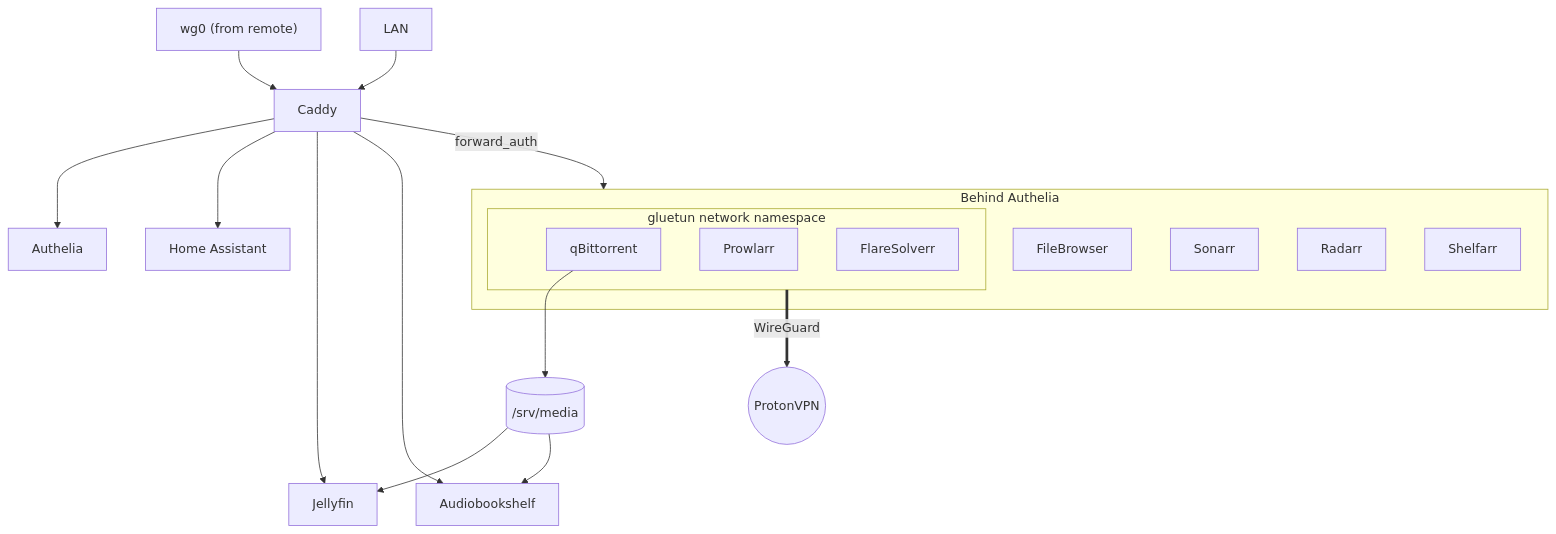
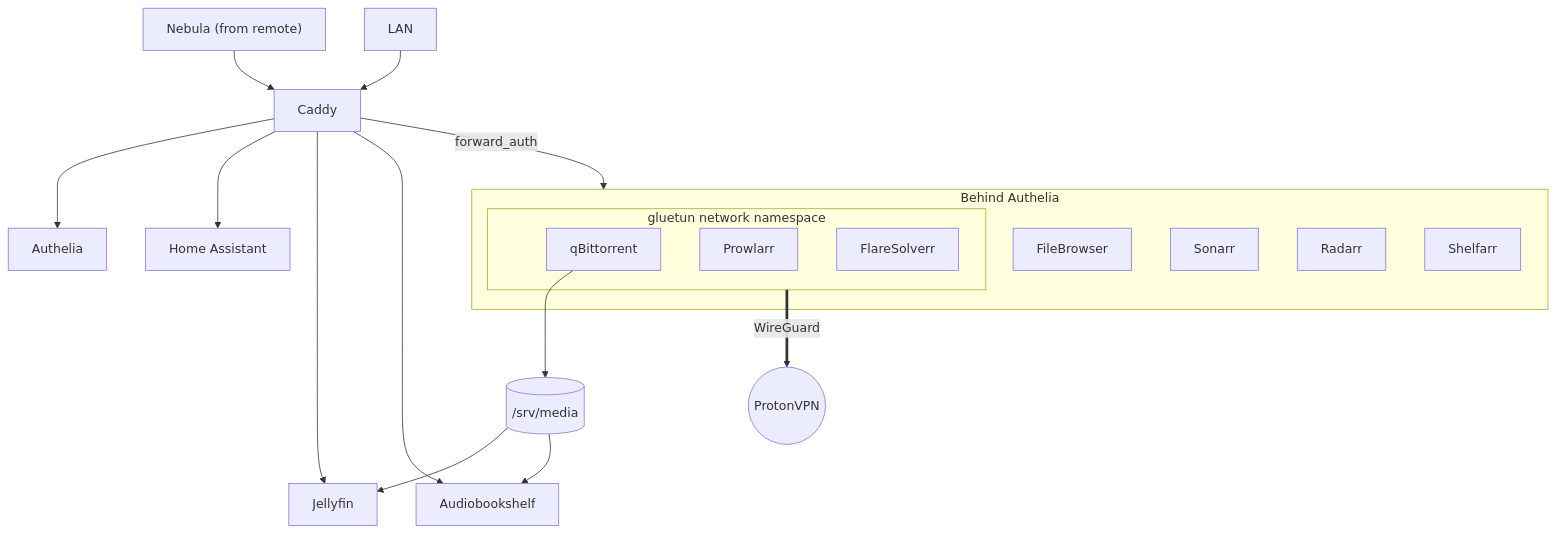
One commit to LeVraiBaptiste/nixos changed the third of 4 diagrams in README.md. Above: the diagram before and after it, drawn with Mermaid. The commit also changed other lines of this file and 14 other files, not shown here.

First line of the commit message:
feat(nebula): remove wg0, Nebula is the only mesh

````diff
--- a/README.md
+++ b/README.md
@@ -82,29 +84,29 @@
 ```mermaid
 flowchart TB
-    wg["wg0 (from remote)"] --> caddy["Caddy"]
+    mesh["Nebula (from remote)"] --> caddy["Caddy"]
     lan["LAN"] --> caddy
 
     caddy --> authelia["Authelia"]
     caddy --> ha["Home Assistant"]
     caddy --> jellyfin["Jellyfin"]
     caddy --> abs["Audiobookshelf"]
     caddy -- "forward_auth" --> protected
 
     subgraph protected["Behind Authelia"]
         filebrowser["FileBrowser"]
         sonarr["Sonarr"]
         radarr["Radarr"]
         shelfarr["Shelfarr"]
 
         subgraph vpn["gluetun network namespace"]
             qbit["qBittorrent"]
             prowlarr["Prowlarr"]
             flare["FlareSolverr"]
         end
     end
 
     vpn == "WireGuard" ==> proton(("ProtonVPN"))
     qbit --> media[("/srv/media")]
     media --> jellyfin
     media --> abs
 ```
````
